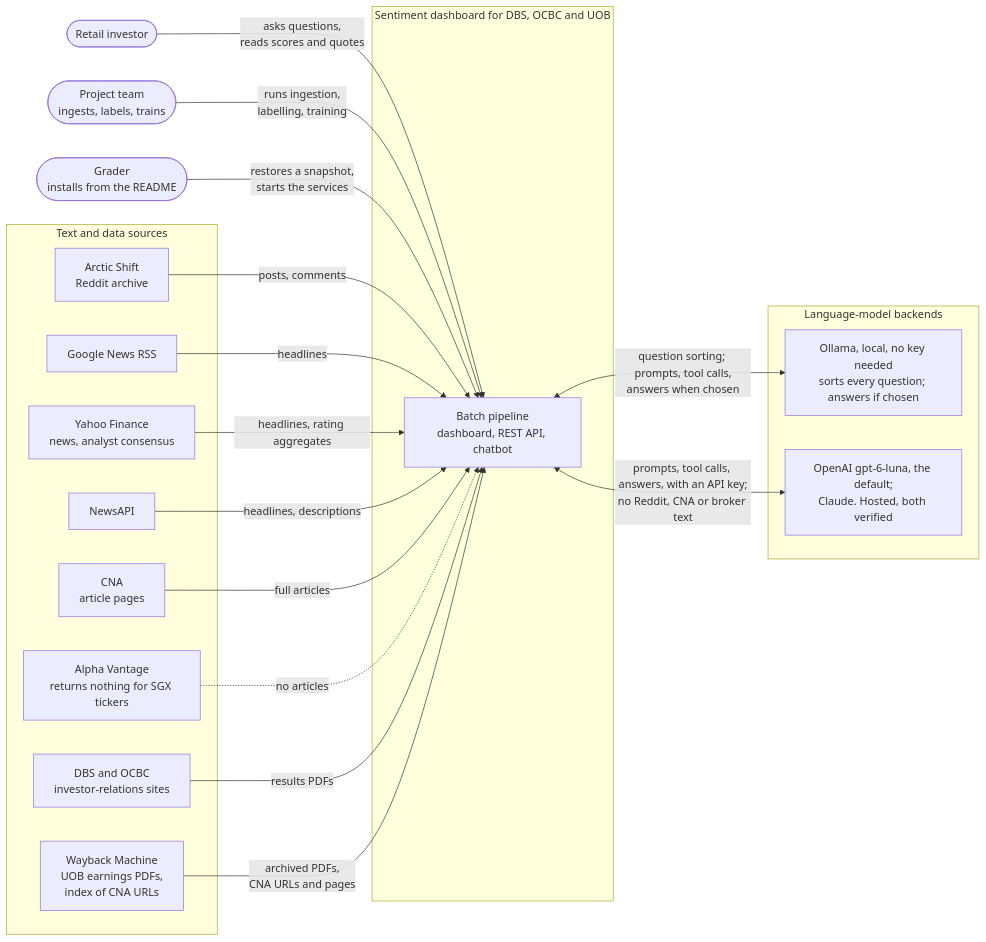
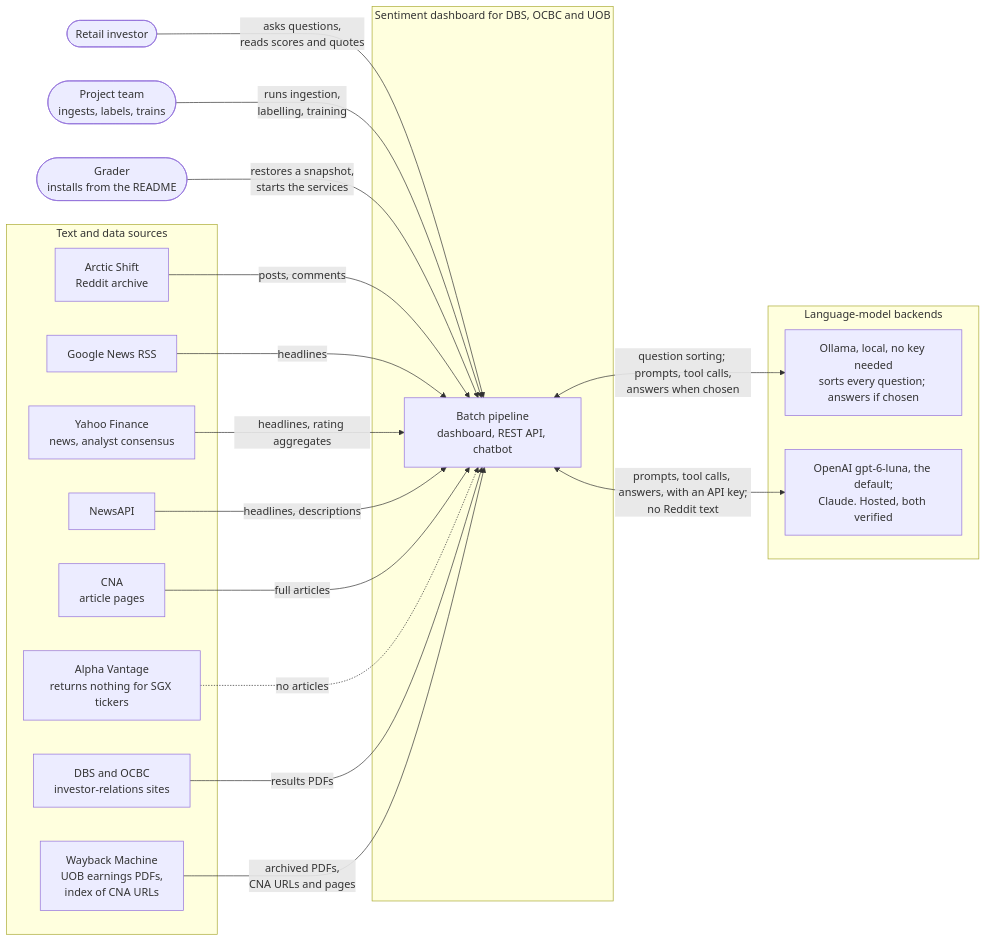
One commit to Gavingyh/plp-project changed the diagram in docs/diagrams/01-system-context.md. Above: the diagram before and after it, drawn with Mermaid. The commit also changed other lines of this file and 15 other files, not shown here.

First line of the commit message:
Let the hosted chatbot model quote CNA and broker research

````diff
--- a/docs/diagrams/01-system-context.md
+++ b/docs/diagrams/01-system-context.md
@@ -7,45 +7,45 @@
 ```mermaid
 flowchart LR
   accTitle: System context
   accDescr: The sentiment system with its three kinds of user, its five text and data sources, and its four model backends.
 
   investor(["Retail investor"])
   team(["Project team<br/>ingests, labels, trains"])
   grader(["Grader<br/>installs from the README"])
 
   subgraph sys["Sentiment dashboard for DBS, OCBC and UOB"]
     core["Batch pipeline<br/>dashboard, REST API, chatbot"]
   end
 
   subgraph sources["Text and data sources"]
     reddit["Arctic Shift<br/>Reddit archive"]
     gnews["Google News RSS"]
     yahoo["Yahoo Finance<br/>news, analyst consensus"]
     newsapi["NewsAPI"]
     cna["CNA<br/>article pages"]
     av["Alpha Vantage<br/>returns nothing for SGX tickers"]
     ir["DBS and OCBC<br/>investor-relations sites"]
     wayback["Wayback Machine<br/>UOB earnings PDFs,<br/>index of CNA URLs"]
   end
 
   subgraph llms["Language-model backends"]
     ollama["Ollama, local, no key needed<br/>sorts every question; answers if chosen"]
     hosted["OpenAI gpt-6-luna, the default;<br/>Claude. Hosted, both verified"]
   end
 
   investor -- "asks questions,<br/>reads scores and quotes" --> core
   team -- "runs ingestion,<br/>labelling, training" --> core
   grader -- "restores a snapshot,<br/>starts the services" --> core
 
   reddit -- "posts, comments" --> core
   gnews -- "headlines" --> core
   yahoo -- "headlines, rating aggregates" --> core
   newsapi -- "headlines, descriptions" --> core
   cna -- "full articles" --> core
   av -. "no articles" .-> core
   ir -- "results PDFs" --> core
   wayback -- "archived PDFs,<br/>CNA URLs and pages" --> core
 
   core <-- "question sorting; prompts, tool calls,<br/>answers when chosen" --> ollama
-  core <-- "prompts, tool calls, answers, with an API key;<br/>no Reddit, CNA or broker text" --> hosted
+  core <-- "prompts, tool calls, answers, with an API key;<br/>no Reddit text" --> hosted
 ```
````
